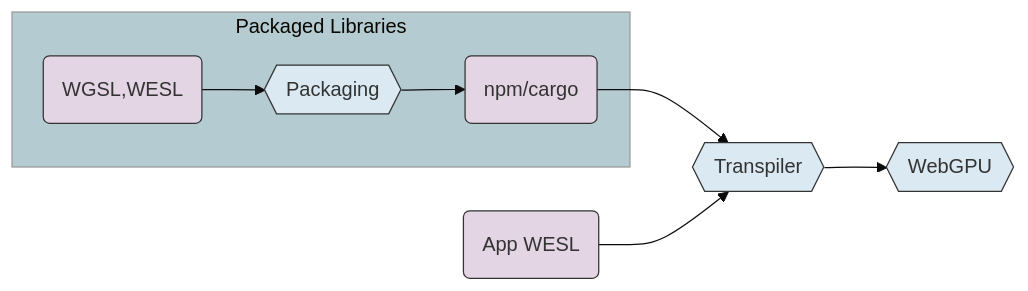
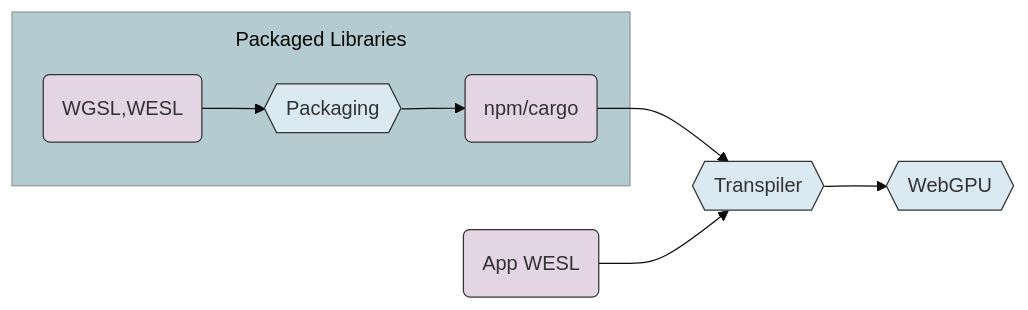
One commit to mighdoll/wesl-website changed the third of 4 diagrams in presentations/symposium-2026-02-13/slides.md. Above: the diagram before and after it, drawn with Mermaid (base theme). The commit also changed other lines of this file, not shown here.

Commit message:
use subGraphTitleMargin

````diff
--- a/presentations/symposium-2026-02-13/slides.md
+++ b/presentations/symposium-2026-02-13/slides.md
@@ -561,20 +562,21 @@
 ```mermaid
+%%{init: {'flowchart': {'subGraphTitleMargin': {'top': 10, 'bottom': 5}}}}%%
 flowchart LR
 
 subgraph libraries ["Packaged Libraries"]
   A(WGSL,WESL):::data
   B{{Packaging}}:::process
   C(npm/cargo):::data
 end
 A --> B
 B --> C
 
   --> D{{Transpiler}}:::process
   --> E{{WebGPU}}:::process
   
   F(App WESL):::data --> D
 
 classDef process fill:#dbe9f2,stroke:#333;
 classDef data fill:#e3d5e3, stroke:#333;
 style libraries fill:#b5cbd2,stroke:#999
 ```
````
